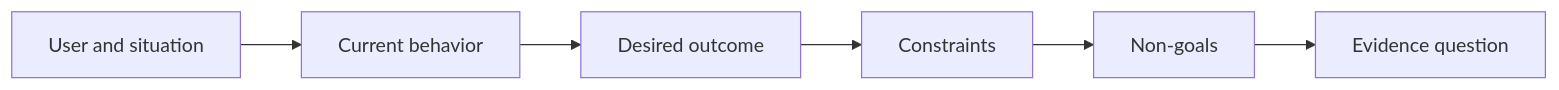
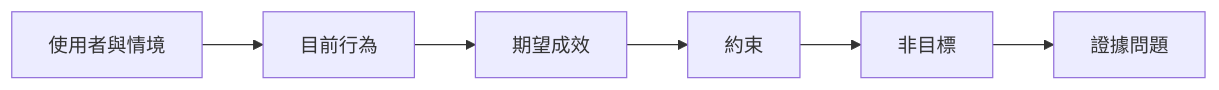
Before and after one commit to edward821220/ai-engineering-from-scratch: the diagram in i18n/zh-TW/phases/14-agent-engineering/47-outcomes-before-output/docs/zh-TW.md, drawn with Mermaid. The commit also changed other lines of this file and 43 other files, not shown here.

````diff
--- a/i18n/zh-TW/phases/14-agent-engineering/47-outcomes-before-output/docs/zh-TW.md
+++ b/i18n/zh-TW/phases/14-agent-engineering/47-outcomes-before-output/docs/zh-TW.md
@@ -38,8 +38,8 @@
 ```mermaid
 flowchart LR
-  U[User and situation] --> C[Current behavior]
-  C --> O[Desired outcome]
-  O --> K[Constraints]
-  K --> N[Non-goals]
-  N --> E[Evidence question]
+  U[使用者與情境] --> C[目前行為]
+  C --> O[期望成效]
+  O --> K[約束]
+  K --> N[非目標]
+  N --> E[證據問題]
 ```
````
